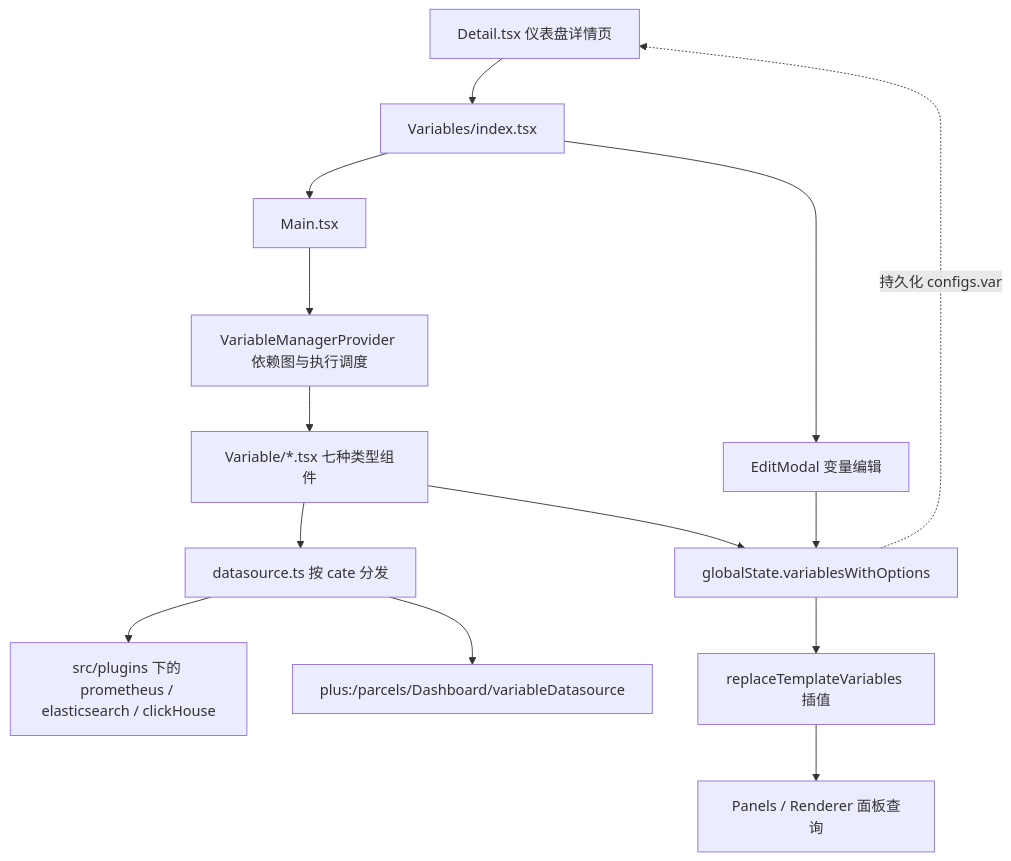
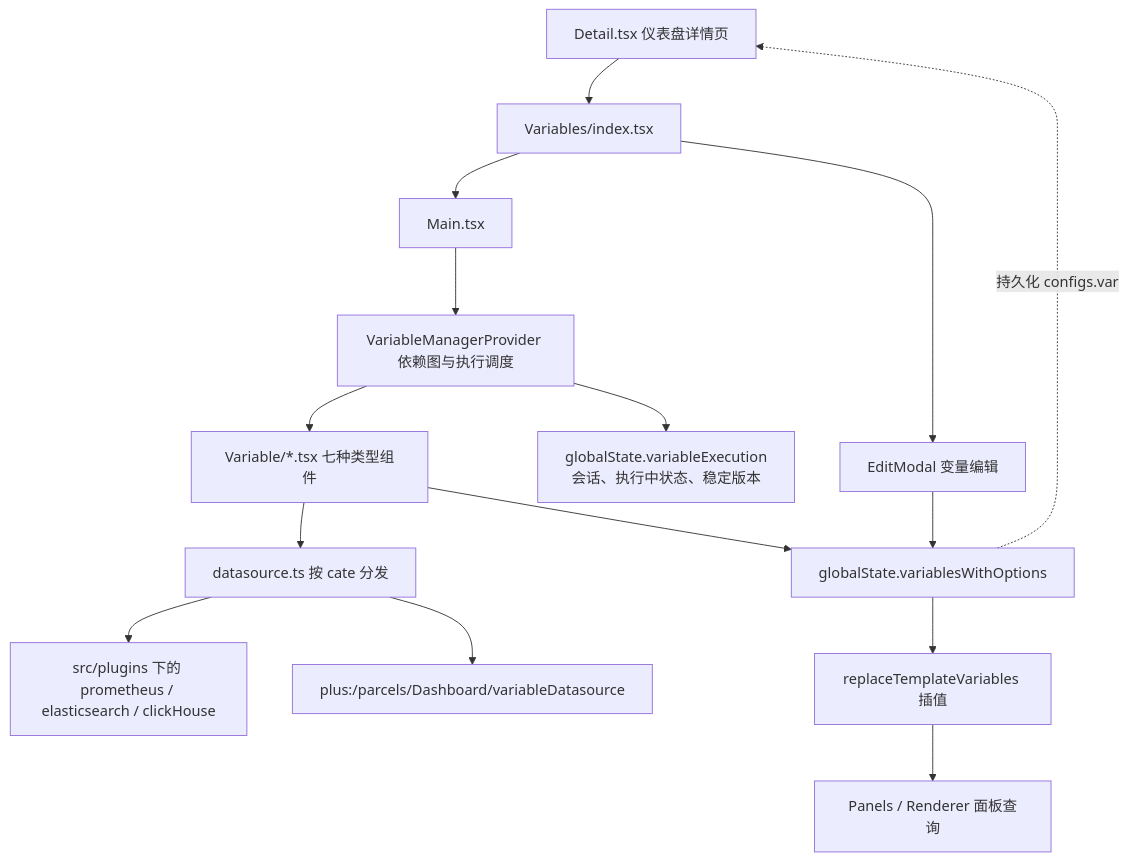
One commit to n9e/fe changed the first of 4 diagrams in src/pages/dashboard/VARIABLES.md. Above: the diagram before and after it, drawn with Mermaid. The commit also changed other lines of this file and 13 other files, not shown here.

````diff
--- a/src/pages/dashboard/VARIABLES.md
+++ b/src/pages/dashboard/VARIABLES.md
@@ -50,16 +50,17 @@
 ```mermaid
 flowchart TD
   Detail["Detail.tsx 仪表盘详情页"] --> Entry["Variables/index.tsx"]
   Entry --> MainComp["Main.tsx"]
   Entry --> Edit["EditModal 变量编辑"]
   MainComp --> Provider["VariableManagerProvider 依赖图与执行调度"]
   Provider --> VarComp["Variable/*.tsx 七种类型组件"]
   VarComp --> Dispatch["datasource.ts 按 cate 分发"]
   Dispatch --> Builtin["src/plugins 下的 prometheus / elasticsearch / clickHouse"]
   Dispatch --> Plus["plus:/parcels/Dashboard/variableDatasource"]
   VarComp --> Store["globalState.variablesWithOptions"]
+  Provider --> Execution["globalState.variableExecution\n会话、执行中状态、稳定版本"]
   Edit --> Store
   Store --> Interp["replaceTemplateVariables 插值"]
   Interp --> Render["Panels / Renderer 面板查询"]
   Store -.->|"持久化 configs.var"| Detail
 ```
````
